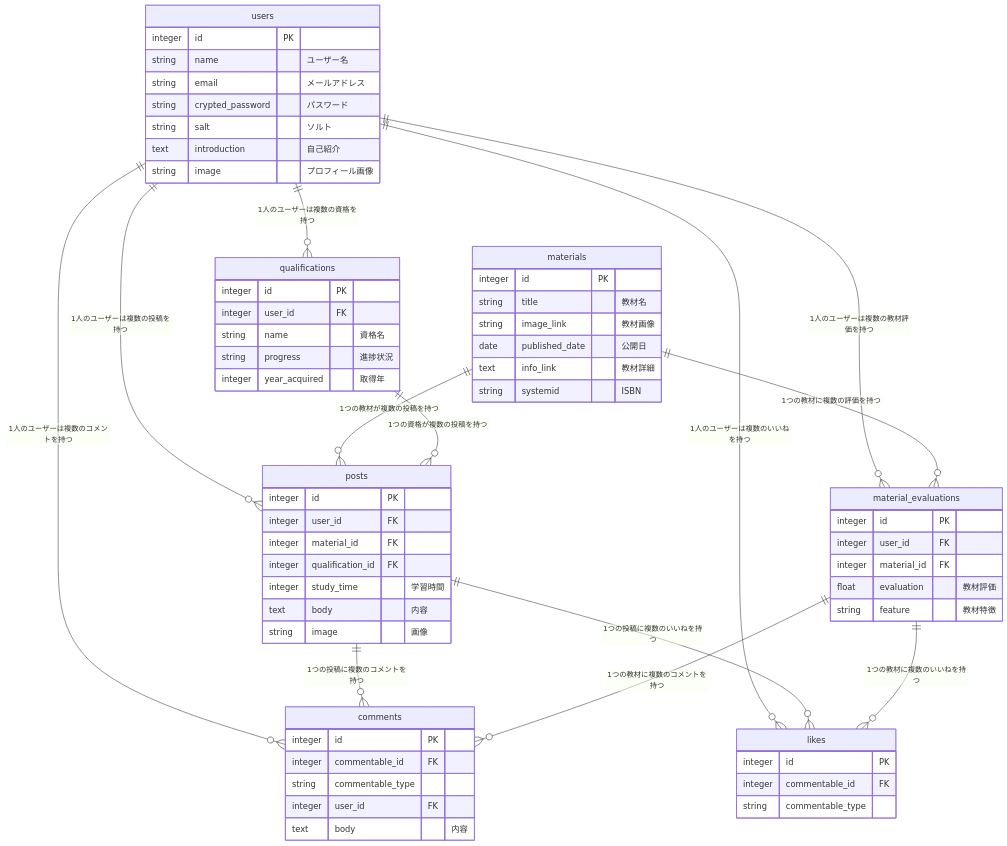
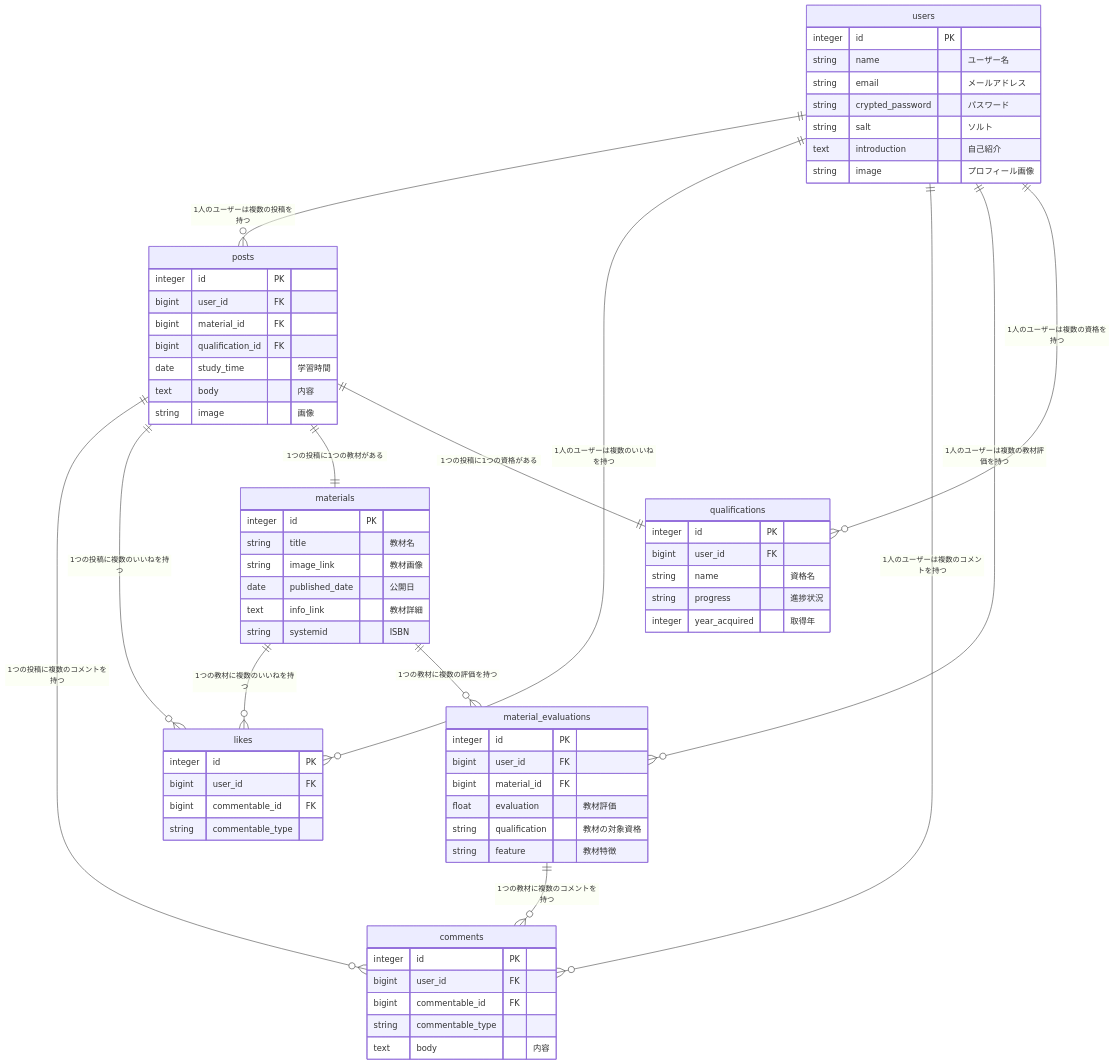
One commit to Jigubkmn/kyouzaichoice changed the diagram in README.md. Above: the diagram before and after it, drawn with Mermaid. The commit also changed other lines of this file and 1 other file, not shown here.

Commit message:
renderデプロイ修正

````diff
--- a/README.md
+++ b/README.md
@@ -174,74 +174,77 @@
 ```mermaid
 erDiagram
   users ||--o{ posts : "1人のユーザーは複数の投稿を持つ"
 	users ||--o{ likes : "1人のユーザーは複数のいいねを持つ"
   users ||--o{ comments : "1人のユーザーは複数のコメントを持つ"
   users ||--o{ material_evaluations : "1人のユーザーは複数の教材評価を持つ"
   users ||--o{ qualifications : "1人のユーザーは複数の資格を持つ"
 	posts ||--o{ comments : "1つの投稿に複数のコメントを持つ"
 	posts ||--o{ likes : "1つの投稿に複数のいいねを持つ"	
-	material_evaluations ||--o{ likes : "1つの教材に複数のいいねを持つ"
+	posts ||--|| materials : "1つの投稿に1つの教材がある"	
+	posts ||--|| qualifications : "1つの投稿に1つの資格がある"	
 	material_evaluations ||--o{ comments : "1つの教材に複数のコメントを持つ"
+  materials ||--o{ likes : "1つの教材に複数のいいねを持つ"
 	materials ||--o{ material_evaluations : "1つの教材に複数の評価を持つ"
-	materials ||--o{ posts : "1つの教材が複数の投稿を持つ"
-	qualifications ||--o{ posts : "1つの資格が複数の投稿を持つ"
+
 
 	users {
 		integer id PK 
 		string name "ユーザー名"
 		string email "メールアドレス"
 		string crypted_password "パスワード"
 		string salt "ソルト"
 		text introduction "自己紹介"
 		string image "プロフィール画像"
 	}
 
 	posts {
 		integer id PK 
-		integer user_id FK
-		integer material_id FK
-		integer qualification_id FK
-		integer study_time "学習時間"
+		bigint user_id FK
+		bigint material_id FK
+		bigint qualification_id FK
+		date study_time "学習時間"
 		text body "内容"
 		string image "画像"
 	}
 
 	likes {
 		integer id PK 
-		integer commentable_id FK
+    bigint user_id FK
+		bigint commentable_id FK
 		string  commentable_type
 	}
 
 	comments {
 		integer id PK
-    integer commentable_id FK
+    bigint user_id FK
+    bigint commentable_id FK
     string commentable_type
-		integer user_id FK
 		text body "内容"
 	}
 
   materials {
 		integer id PK
     string title "教材名"
 		string image_link "教材画像"
     date published_date "公開日"
     text info_link "教材詳細"
     string systemid "ISBN"
 	}
 
   material_evaluations {
 		integer id PK
-    integer user_id FK
-    integer material_id FK
+    bigint user_id FK
+    bigint material_id FK
     float evaluation "教材評価"
+		string qualification "教材の対象資格"
 		string feature "教材特徴"
 	}
 
   qualifications {
 		integer id PK
-    integer user_id FK
+    bigint user_id FK
     string name "資格名"
 		string progress "進捗状況"
 		integer year_acquired "取得年"
 	}
 ```
````
